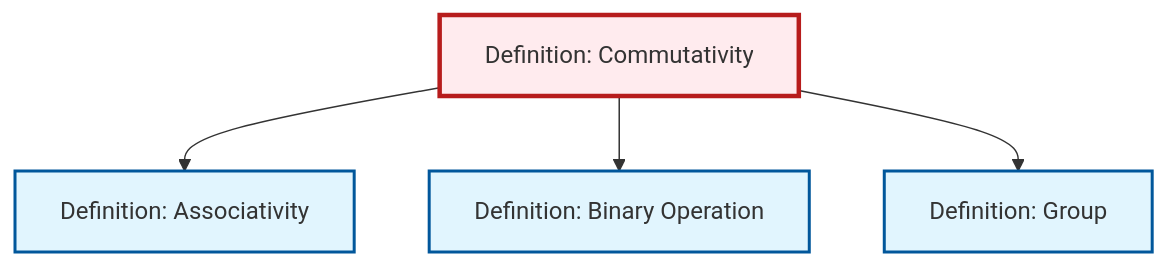
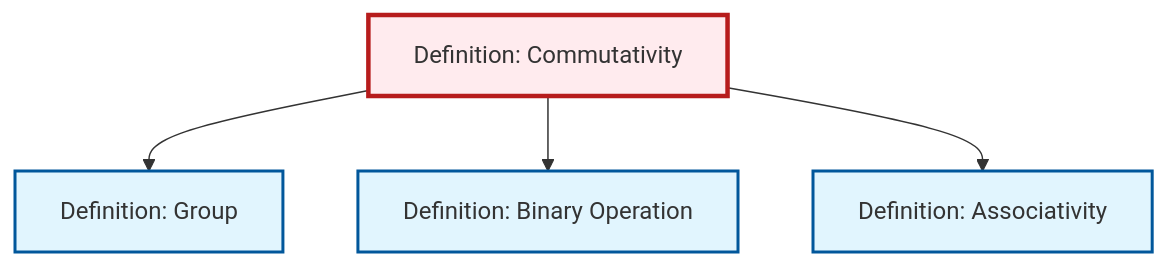
One commit to RK0429/ModernMath changed the diagram in output/mermaid/def-commutativity.mermaid. Above: the diagram before and after it, drawn with Mermaid. The commit also changed other lines of this file and 1120 other files, not shown here.

````diff
--- a/output/mermaid/def-commutativity.mermaid
+++ b/output/mermaid/def-commutativity.mermaid
@@ -1,17 +1,17 @@
 ```{mermaid}
 %%| fig-cap: "Local dependency graph"
 graph TD
     classDef definition fill:#e1f5fe,stroke:#01579b,stroke-width:2px
     classDef theorem fill:#f3e5f5,stroke:#4a148c,stroke-width:2px
     classDef axiom fill:#fff3e0,stroke:#e65100,stroke-width:2px
     classDef example fill:#e8f5e9,stroke:#1b5e20,stroke-width:2px
     classDef current fill:#ffebee,stroke:#b71c1c,stroke-width:3px
+    def-group["Definition: Group"]:::definition
+    def-binary-operation["Definition: Binary Operation"]:::definition
+    def-commutativity["Definition: Commutativity"]:::definition
     def-associativity["Definition: Associativity"]:::definition
-    def-group["Definition: Group"]:::definition
-    def-commutativity["Definition: Commutativity"]:::definition
-    def-binary-operation["Definition: Binary Operation"]:::definition
+    def-commutativity --> def-group
+    def-commutativity --> def-binary-operation
     def-commutativity --> def-associativity
-    def-commutativity --> def-binary-operation
-    def-commutativity --> def-group
     class def-commutativity current
 ```
````
